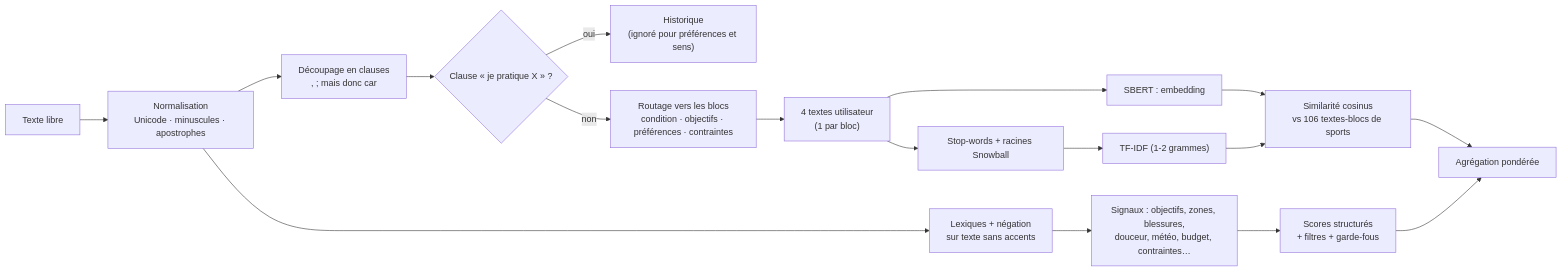
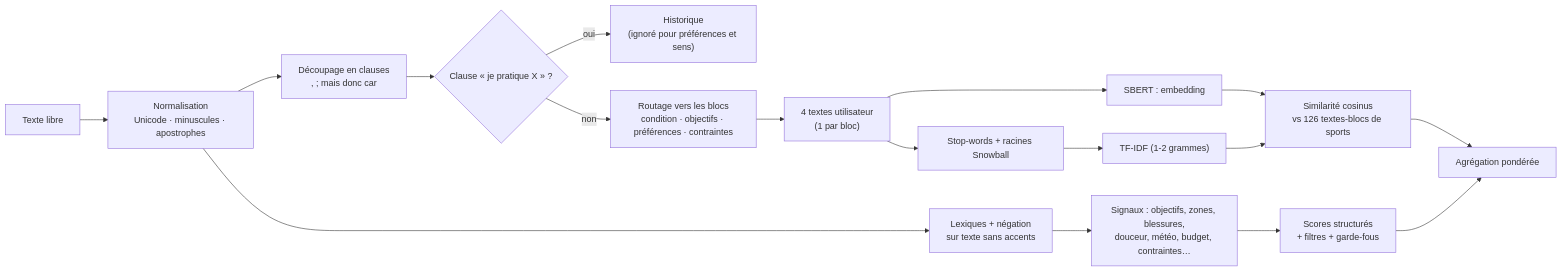
One commit to AntoineLal/ECE-Projet-NLP changed the sixth of 6 diagrams in README.md. Above: the diagram before and after it, drawn with Mermaid. The commit also changed other lines of this file and 14 other files, not shown here.

````diff
--- a/README.md
+++ b/README.md
@@ -219,18 +220,18 @@
 ```mermaid
 flowchart LR
     T["Texte libre"] --> N["Normalisation<br/>Unicode · minuscules · apostrophes"]
     N --> CL["Découpage en clauses<br/>, ; mais donc car"]
     CL --> PR{"Clause « je pratique X » ?"}
     PR -- oui --> HIST["Historique<br/>(ignoré pour préférences et sens)"]
     PR -- non --> RT["Routage vers les blocs<br/>condition · objectifs · préférences · contraintes"]
     N --> LEX["Lexiques + négation<br/>sur texte sans accents"]
     LEX --> SIG["Signaux : objectifs, zones, blessures,<br/>douceur, météo, budget, contraintes…"]
     RT --> UT["4 textes utilisateur<br/>(1 par bloc)"]
     UT --> EMB["SBERT : embedding"]
     UT --> STM["Stop-words + racines Snowball"] --> TFV["TF-IDF (1-2 grammes)"]
-    EMB --> COS["Similarité cosinus<br/>vs 106 textes-blocs de sports"]
+    EMB --> COS["Similarité cosinus<br/>vs 126 textes-blocs de sports"]
     TFV --> COS
     SIG --> STR["Scores structurés<br/>+ filtres + garde-fous"]
     COS --> AGG["Agrégation pondérée"]
     STR --> AGG
 ```
````
